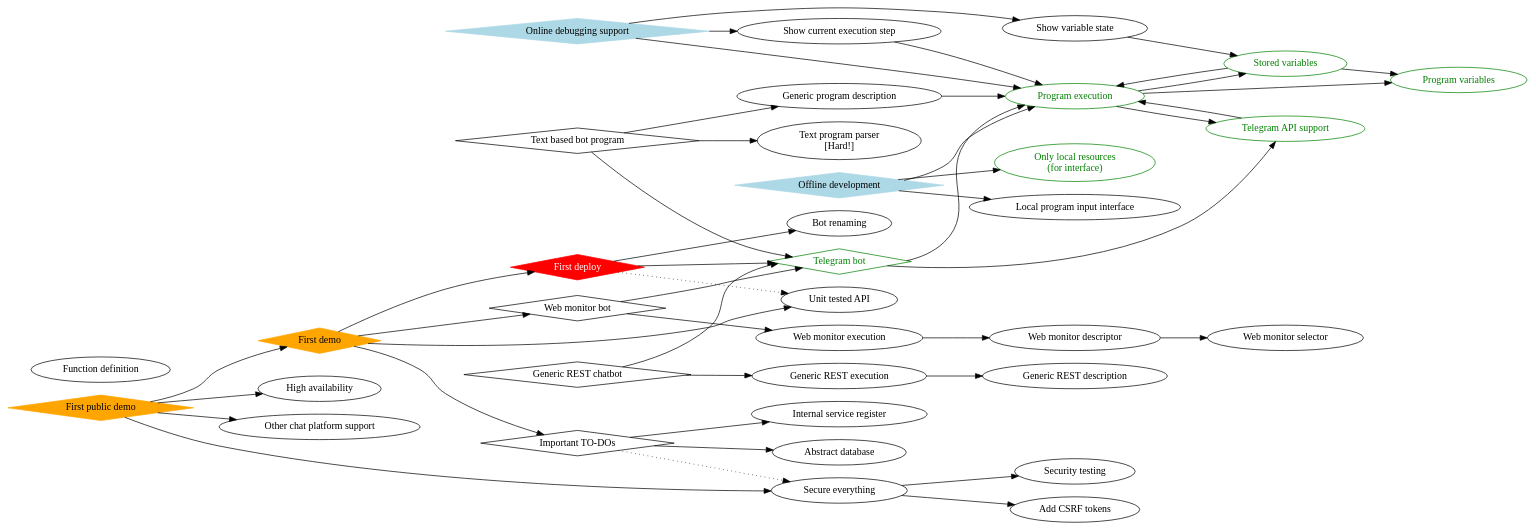
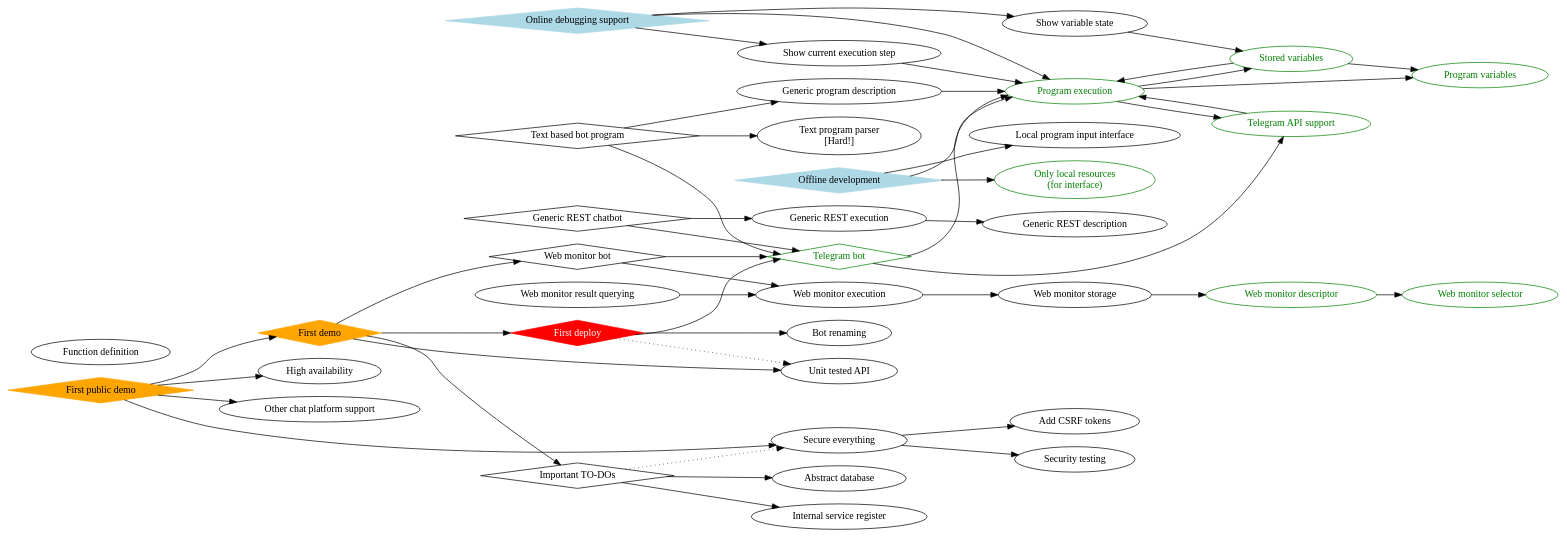
Before and after one commit to programaker-project/Programaker-Core: the diagram in docs/task-tree.dot, drawn with Graphviz.

Commit message:
Add web monitor requirements.

```diff
--- a/docs/task-tree.dot
+++ b/docs/task-tree.dot
@@ -1,125 +1,129 @@
 digraph {
     rankdir=LR;
 
     // Milestones
     telegram_bot[label="Telegram bot", shape=diamond, color=green, fontcolor=green];
     // First big (publicly deployed) milestone
     first_deploy[label="First deploy", shape=diamond, style=filled, color=red, fontcolor=white];
 
     web_monitor_bot[label="Web monitor bot", shape=diamond];
     first_demo[label="First demo", shape=diamond, style=filled, color=orange];
     first_public_demo[label="First public demo", shape=diamond, style=filled, color=orange];
 
     generic_rest_chatbot[label="Generic REST chatbot", shape=diamond];
     text_based_program_bot[label="Text based bot program", shape=diamond];
 
     offline_development[label="Offline development", shape=diamond, style=filled, color=lightblue];
     debugging_support[label="Online debugging support", shape=diamond, style=filled, color=lightblue];
 
     important_todos[label="Important TO-DOs", shape=diamond];
 
     // Tasks
     program_execution[label="Program execution", color=green, fontcolor=green];
     telegram_api_support[label="Telegram API support", color=green, fontcolor=green];
 
     bot_renaming[label="Bot renaming"];
     unit_tested_api[label="Unit tested API"];
 
     program_variables[label="Program variables", color=green, fontcolor=green];
     stored_variables[label="Stored variables", color=green, fontcolor=green];
     function_definition[label="Function definition"];
 
-    web_monitor_selector[label="Web monitor selector"];
-    web_monitor_description[label="Web monitor descriptor"];
+    web_monitor_selector[label="Web monitor selector", color=green, fontcolor=green];
+    web_monitor_description[label="Web monitor descriptor", color=green, fontcolor=green];
+    web_monitor_storage[label="Web monitor storage"];
     web_monitor_execution[label="Web monitor execution"];
+    web_monitor_result_querying[label="Web monitor result querying"];
 
     generic_rest_execution[label="Generic REST execution"];
     generic_rest_description[label="Generic REST description"];
 
     text_program_parser[label="Text program parser\n[Hard!]"];
     generic_program_description[label="Generic program description"];
 
     high_availability[label="High availability"];
 
     other_chat_platform_support[label="Other chat platform support"];
     only_local_resources[label="Only local resources\n(for interface)", color=green, fontcolor=green];
     local_program_input_interface[label="Local program input interface"];
 
     show_variable_state[label="Show variable state"];
     show_current_execution_step[label="Show current execution step"];
 
     add_csrf_tokens[label="Add CSRF tokens"];
     security_testing[label="Security testing"];
     secure_everything[label="Secure everything"];
 
     internal_service_register[label="Internal service register"];
     abstract_database[label="Abstract database"];
 
     // Dependencies
     program_execution -> program_variables;
     stored_variables -> program_variables;
 
     program_execution -> stored_variables;
     stored_variables -> program_execution;
 
     // First (internal) milestone
     telegram_api_support -> program_execution;
     program_execution -> telegram_api_support;
 
     telegram_bot -> program_execution;
     telegram_bot -> telegram_api_support;
 
     // No reason to deploy before something is doable 
     first_deploy -> telegram_bot;
     first_deploy -> bot_renaming;
 
     // We should have the tests before the deploy, but we can delay it
     first_deploy -> unit_tested_api[style=dotted];
 
     web_monitor_description -> web_monitor_selector;
-    web_monitor_execution -> web_monitor_description;
+    web_monitor_storage -> web_monitor_description;
+    web_monitor_execution -> web_monitor_storage;
+    web_monitor_result_querying -> web_monitor_execution;
 
     web_monitor_bot -> telegram_bot;
     web_monitor_bot -> web_monitor_execution;
 
     important_todos -> secure_everything[style="dotted"];
     important_todos -> internal_service_register;
     important_todos -> abstract_database;
 
     first_demo -> web_monitor_bot;
     first_demo -> important_todos;
     // First demo has to work for sure, so unit-testing is *required* at this point
     first_demo -> unit_tested_api;
     // It also requires a working deployment
     first_demo -> first_deploy;
 
     first_public_demo -> secure_everything;
     first_public_demo -> first_demo;
     first_public_demo -> high_availability;
     first_public_demo -> other_chat_platform_support;
 
     generic_rest_execution -> generic_rest_description;
 
     generic_rest_chatbot -> telegram_bot;
     generic_rest_chatbot -> generic_rest_execution;
 
     generic_program_description -> program_execution;
     text_based_program_bot -> telegram_bot;
     text_based_program_bot -> generic_program_description;
     text_based_program_bot -> text_program_parser;
 
     debugging_support -> program_execution;
 
     offline_development -> program_execution;
     offline_development -> only_local_resources;
     offline_development -> local_program_input_interface;
 
     show_current_execution_step -> program_execution;
     show_variable_state -> stored_variables;
     debugging_support -> show_variable_state;
     debugging_support -> show_current_execution_step;
 
     // Security
     secure_everything -> security_testing;
     secure_everything -> add_csrf_tokens;
 }
```
